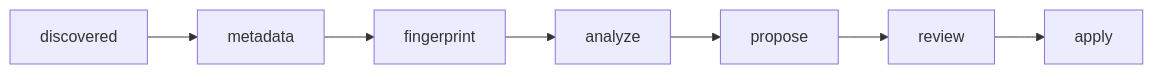
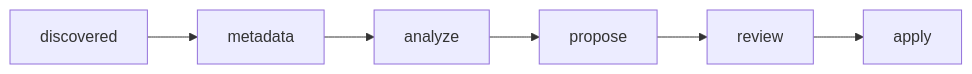
The diagram in docs/quick-start.md (SimplicityGuy/phaze), drawn with Mermaid before and after one commit. The commit also changed other lines of this file and 14 other files, not shown here.

````diff
--- a/docs/quick-start.md
+++ b/docs/quick-start.md
@@ -156,9 +147,8 @@
 ```mermaid
 flowchart LR
     D[discovered] --> M[metadata]
-    M --> F[fingerprint]
-    F --> A[analyze]
+    M --> A[analyze]
     A --> P[propose]
     P --> R[review]
     R --> E[apply]
 ```
````
